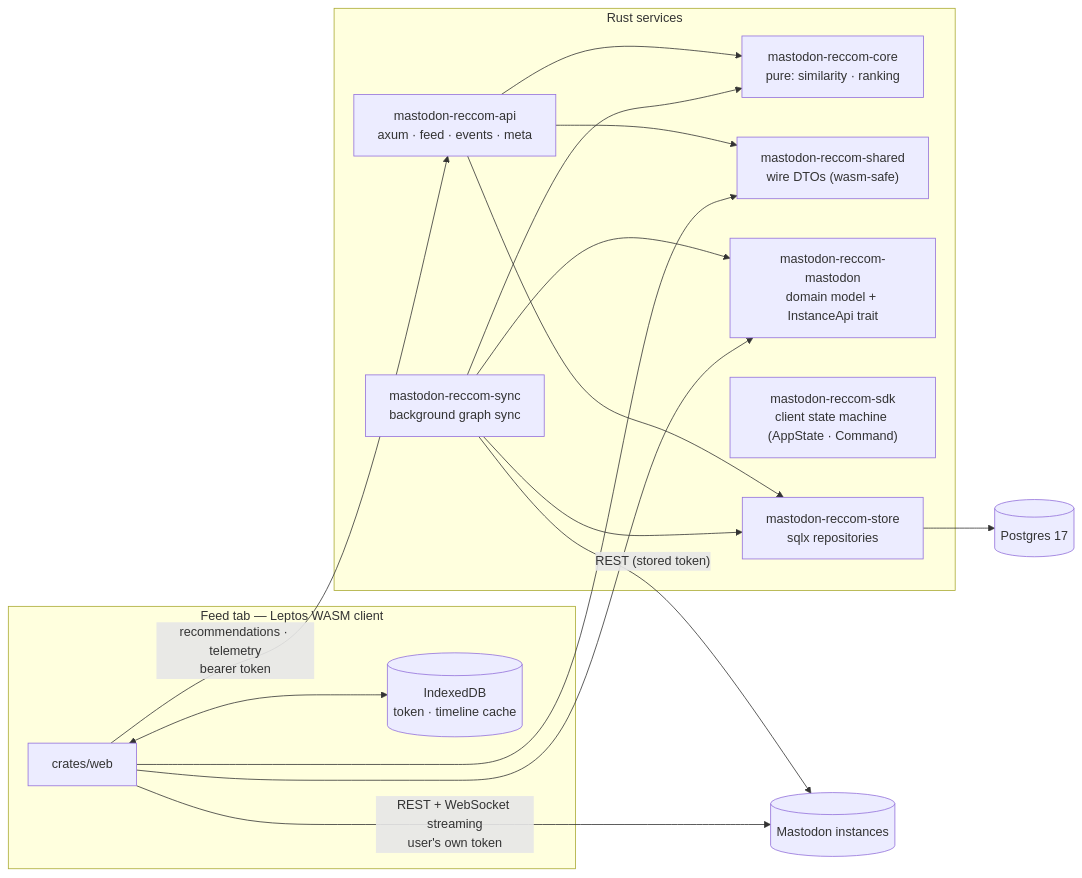
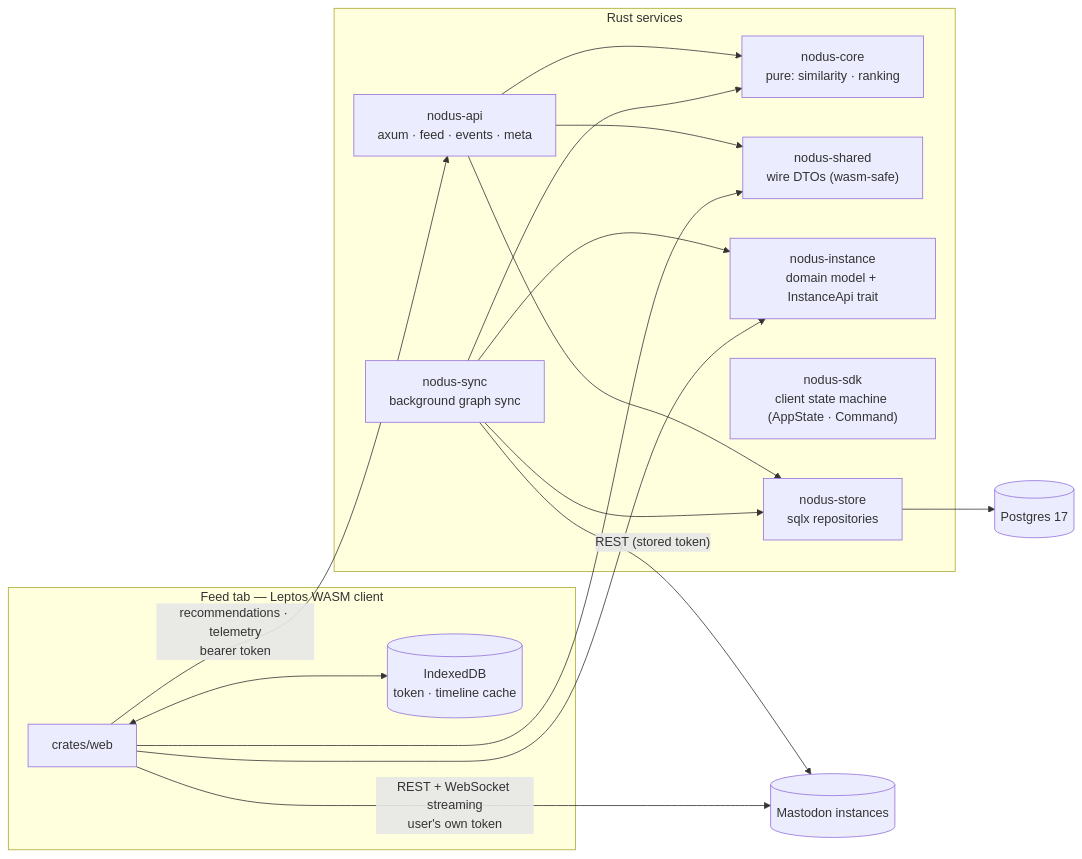
Before and after one commit to Luxuride/nodus-recommender: the diagram in docs/02-architecture.md, drawn with Mermaid. The commit also changed other lines of this file and 16 other files, not shown here.

````diff
--- a/docs/02-architecture.md
+++ b/docs/02-architecture.md
@@ -11,29 +11,29 @@
 ```mermaid
 flowchart LR
     subgraph browser["Feed tab — Leptos WASM client"]
         WEB["crates/web"]
         IDB[("IndexedDB<br/>token · timeline cache")]
         WEB <--> IDB
     end
     WEB -->|"REST + WebSocket streaming<br/>user's own token"| M[(Mastodon instances)]
     WEB -->|"recommendations · telemetry<br/>bearer token"| API
     subgraph svc["Rust services"]
-        API["mastodon-reccom-api<br/>axum · feed · events · meta"]
-        SYNC["mastodon-reccom-sync<br/>background graph sync"]
-        CORE["mastodon-reccom-core<br/>pure: similarity · ranking"]
-        SHARED["mastodon-reccom-shared<br/>wire DTOs (wasm-safe)"]
-        MC["mastodon-reccom-mastodon<br/>domain model + InstanceApi trait"]
-        SDKST["mastodon-reccom-sdk<br/>client state machine (AppState · Command)"]
-        STORE["mastodon-reccom-store<br/>sqlx repositories"]
+        API["nodus-api<br/>axum · feed · events · meta"]
+        SYNC["nodus-sync<br/>background graph sync"]
+        CORE["nodus-core<br/>pure: similarity · ranking"]
+        SHARED["nodus-shared<br/>wire DTOs (wasm-safe)"]
+        MC["nodus-instance<br/>domain model + InstanceApi trait"]
+        SDKST["nodus-sdk<br/>client state machine (AppState · Command)"]
+        STORE["nodus-store<br/>sqlx repositories"]
         API --> CORE
         API --> STORE
         API --> SHARED
         SYNC --> CORE
         SYNC --> STORE
         SYNC --> MC
         WEB --> SHARED
         WEB --> MC
     end
     STORE --> DB[(Postgres 17)]
     SYNC -->|"REST (stored token)"| M
 ```
````
